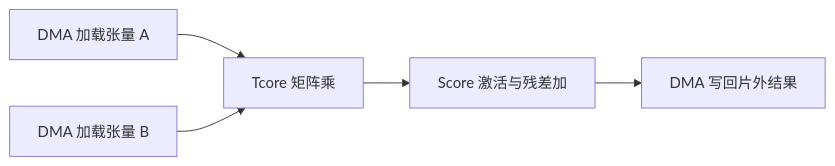
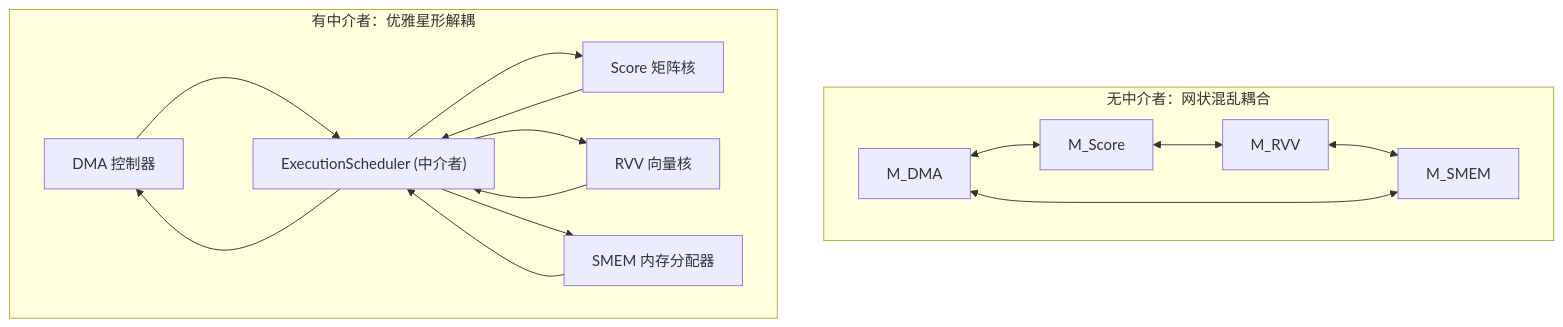
Before and after one commit to hqu-little-boy/blog: the ninth of 13 diagrams in src/content/posts/heterogeneous-computing-and-ai-compiler-design-patterns-guide.md, drawn with Mermaid. The commit also changed other lines of this file, not shown here.

````diff
--- a/src/content/posts/heterogeneous-computing-and-ai-compiler-design-patterns-guide.md
+++ b/src/content/posts/heterogeneous-computing-and-ai-compiler-design-patterns-guide.md
@@ -840,7 +1656,20 @@
 ```mermaid
-flowchart LR
-    DMA_A["DMA 加载张量 A"] --> Compute["Tcore 矩阵乘"]
-    DMA_B["DMA 加载张量 B"] --> Compute
-    Compute --> Score["Score 激活与残差加"]
-    Score --> DMA_Out["DMA 写回片外结果"]
+flowchart TD
+    subgraph Mesh["无中介者：网状混乱耦合"]
+        M_DMA <--> M_Score
+        M_Score <--> M_RVV
+        M_RVV <--> M_SMEM
+        M_SMEM <--> M_DMA
+    end
+
+    subgraph Star["有中介者：优雅星形解耦"]
+        DMA["DMA 控制器"] --> Sched["ExecutionScheduler (中介者)"]
+        Score["Score 矩阵核"] --> Sched
+        RVV["RVV 向量核"] --> Sched
+        SMEM["SMEM 内存分配器"] --> Sched
+        Sched --> DMA
+        Sched --> Score
+        Sched --> RVV
+        Sched --> SMEM
+    end
 ```
````
